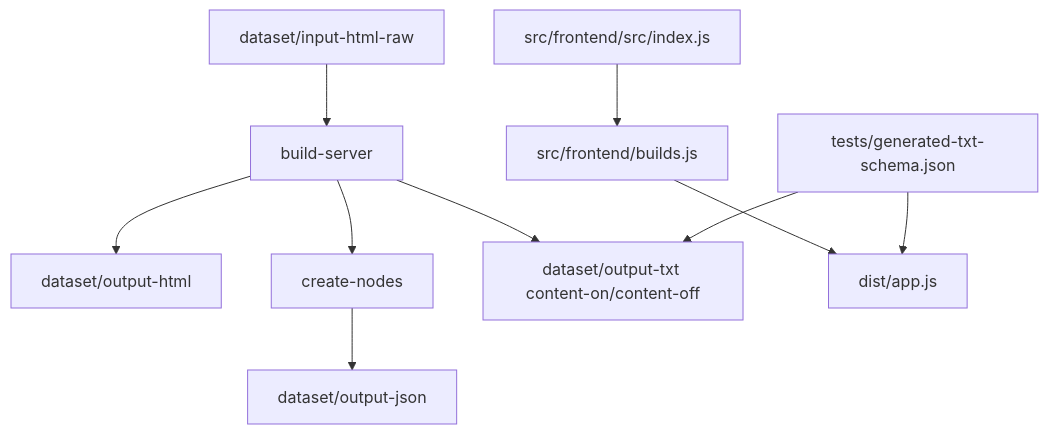
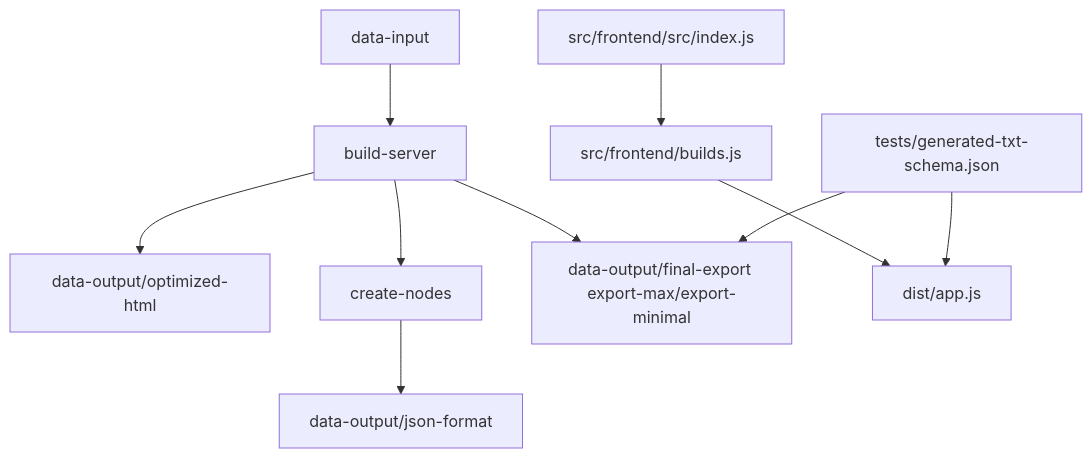
Before and after one commit to klipolis/fb-chat-export: the diagram in docs/README.md, drawn with Mermaid. The commit also changed other lines of this file and 88 other files, not shown here.

````diff
--- a/docs/README.md
+++ b/docs/README.md
@@ -7,12 +7,12 @@
 ```mermaid
 flowchart TD
-	A[dataset/input-html-raw] --> B[build-server]
-	B --> C[dataset/output-html]
+	A[data-input] --> B[build-server]
+	B --> C[data-output/optimized-html]
 	B --> D[create-nodes]
-	D --> E[dataset/output-json]
-	B --> F[dataset/output-txt content-on/content-off]
+	D --> E[data-output/json-format]
+	B --> F[data-output/final-export export-max/export-minimal]
 	G[src/frontend/src/index.js] --> H[src/frontend/builds.js]
 	H --> I[dist/app.js]
 	J[tests/generated-txt-schema.json] --> F
 	J --> I
 ```
````
